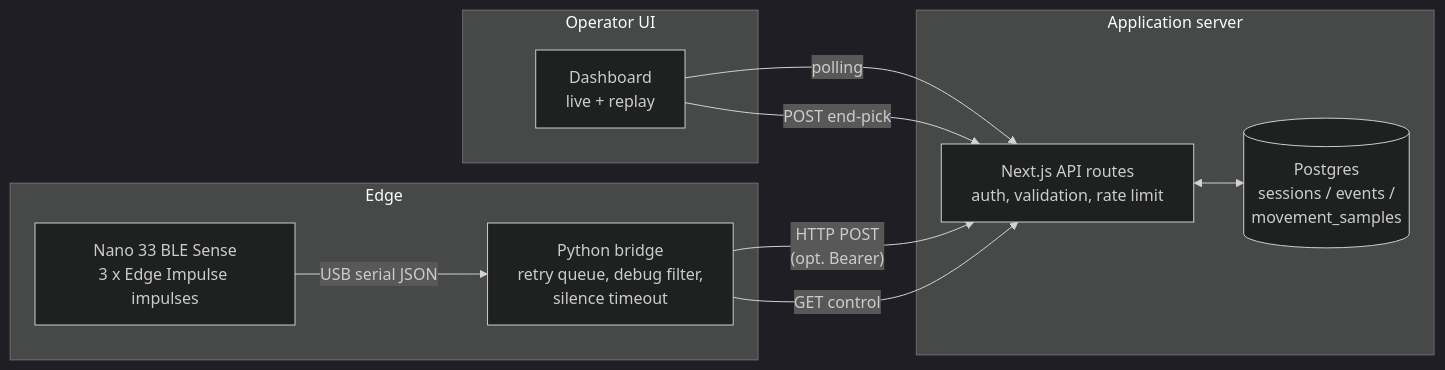
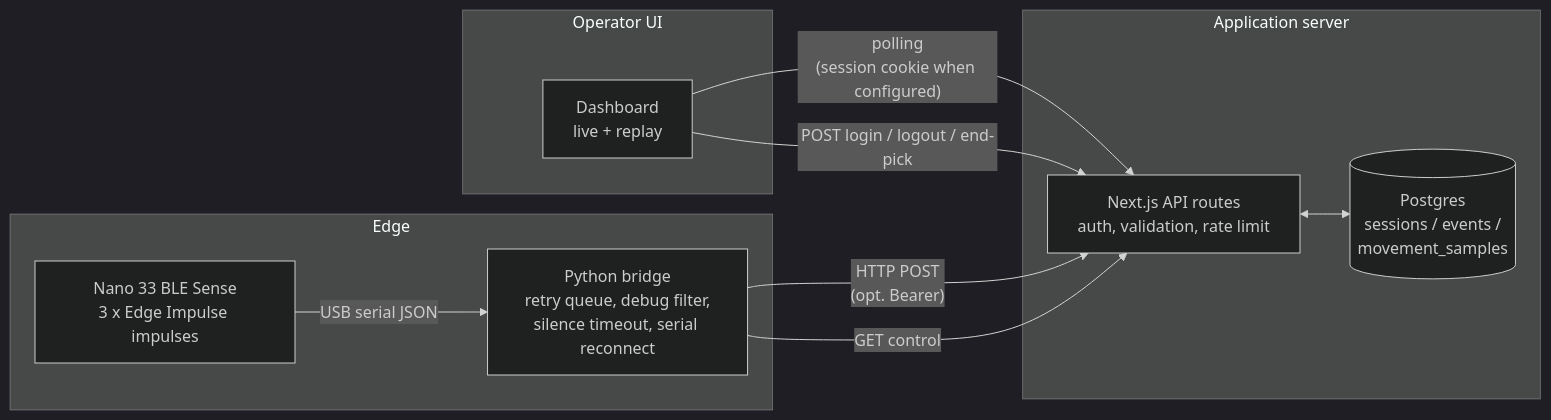
Before and after one commit to serhiiSotskyi/Iot: the diagram in docs/architecture.md, drawn with Mermaid (dark theme). The commit also changed other lines of this file and 22 other files, not shown here.

````diff
--- a/docs/architecture.md
+++ b/docs/architecture.md
@@ -115,21 +121,21 @@
 ```mermaid
 flowchart LR
     subgraph EDGE["Edge"]
         BOARD["Nano 33 BLE Sense<br/>3 x Edge Impulse impulses"]
-        BRIDGE["Python bridge<br/>retry queue, debug filter,<br/>silence timeout"]
+        BRIDGE["Python bridge<br/>retry queue, debug filter,<br/>silence timeout, serial reconnect"]
     end
     subgraph SERVER["Application server"]
         API["Next.js API routes<br/>auth, validation, rate limit"]
         PG[("Postgres<br/>sessions / events /<br/>movement_samples")]
     end
     subgraph CLIENT["Operator UI"]
         UI["Dashboard<br/>live + replay"]
     end
 
     BOARD -- "USB serial JSON" --> BRIDGE
     BRIDGE -- "HTTP POST<br/>(opt. Bearer)" --> API
     API <--> PG
-    UI -- "polling" --> API
-    UI -- "POST end-pick" --> API
+    UI -- "polling<br/>(session cookie when configured)" --> API
+    UI -- "POST login / logout / end-pick" --> API
     BRIDGE -- "GET control" --> API
 ```
````
